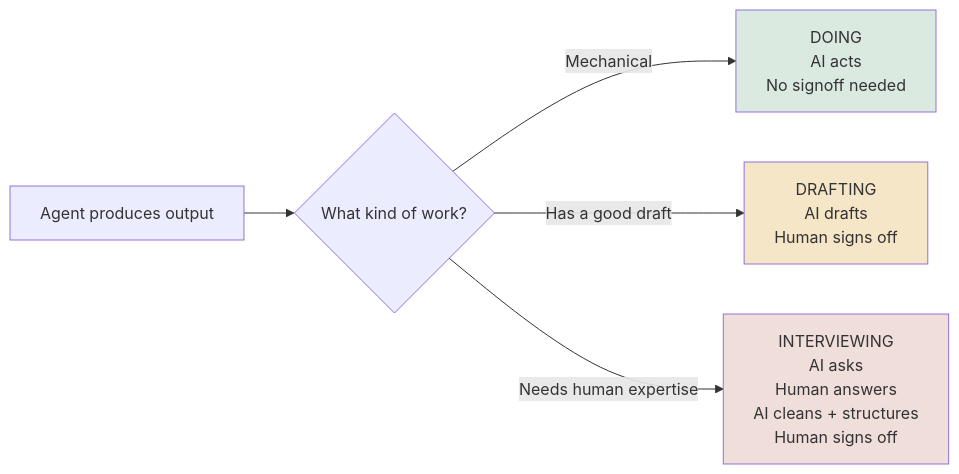
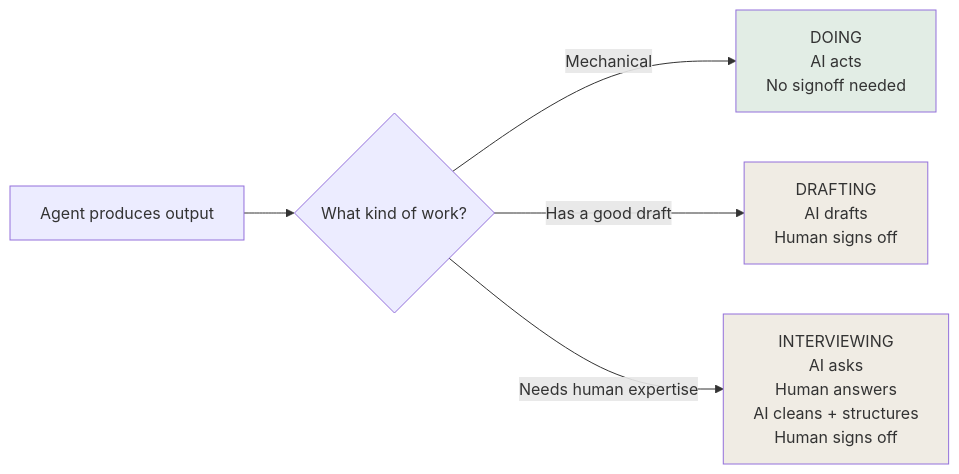
The third of 17 diagrams in METHOD.md (nlawstudio/ai-refinement-method), drawn with Mermaid before and after one commit. The commit also changed other lines of this file and 4 other files, not shown here.

````diff
--- a/METHOD.md
+++ b/METHOD.md
@@ -158,11 +158,11 @@
 ```mermaid
 flowchart LR
     A[Agent produces output] --> B{What kind of work?}
     B -->|Mechanical| C[DOING<br/>AI acts<br/>No signoff needed]
     B -->|Has a good draft| D[DRAFTING<br/>AI drafts<br/>Human signs off]
     B -->|Needs human expertise| E[INTERVIEWING<br/>AI asks<br/>Human answers<br/>AI cleans + structures<br/>Human signs off]
 
-    style C fill:#DBEAE1
-    style D fill:#F4E6C6
-    style E fill:#EFDED9
+    style C fill:#E2EDE5
+    style D fill:#F0ECE4
+    style E fill:#F0ECE4
 ```
````
